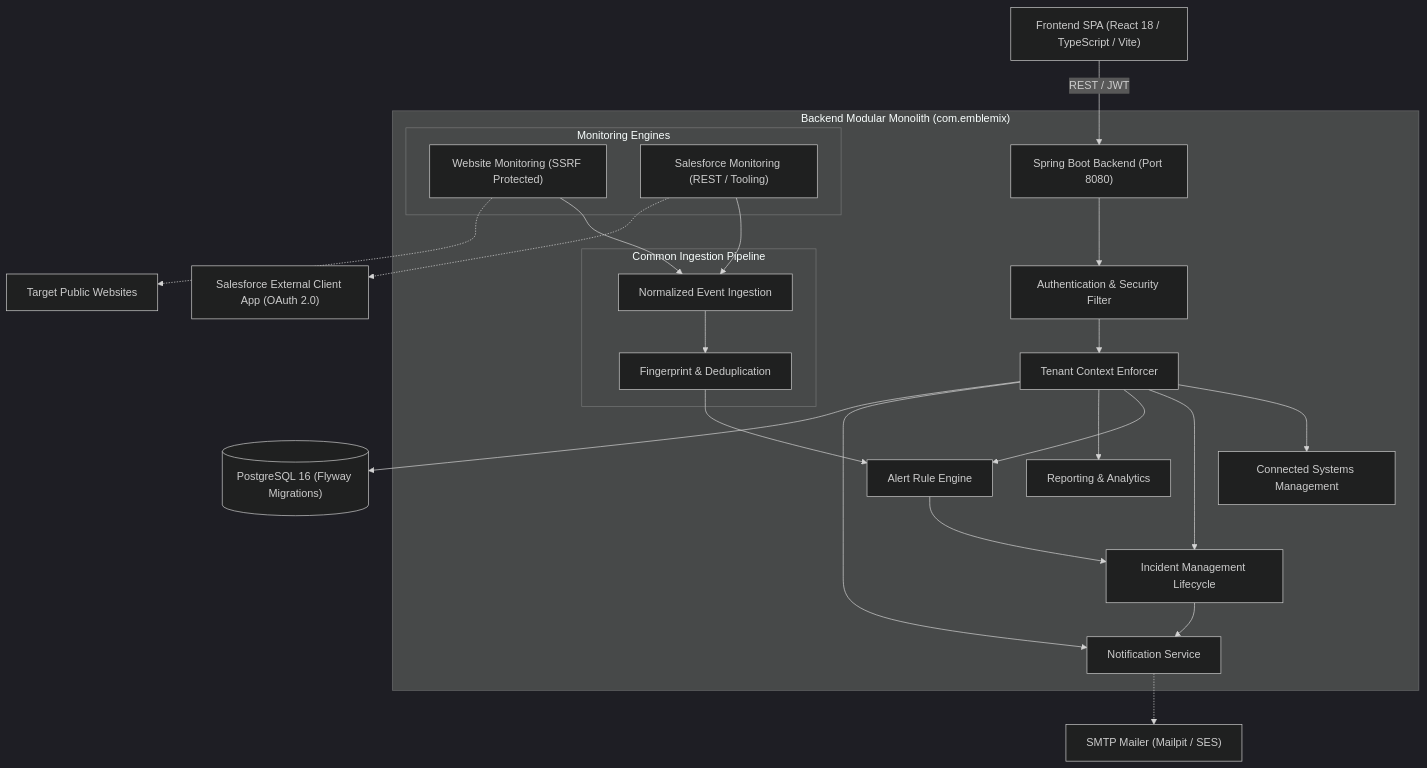
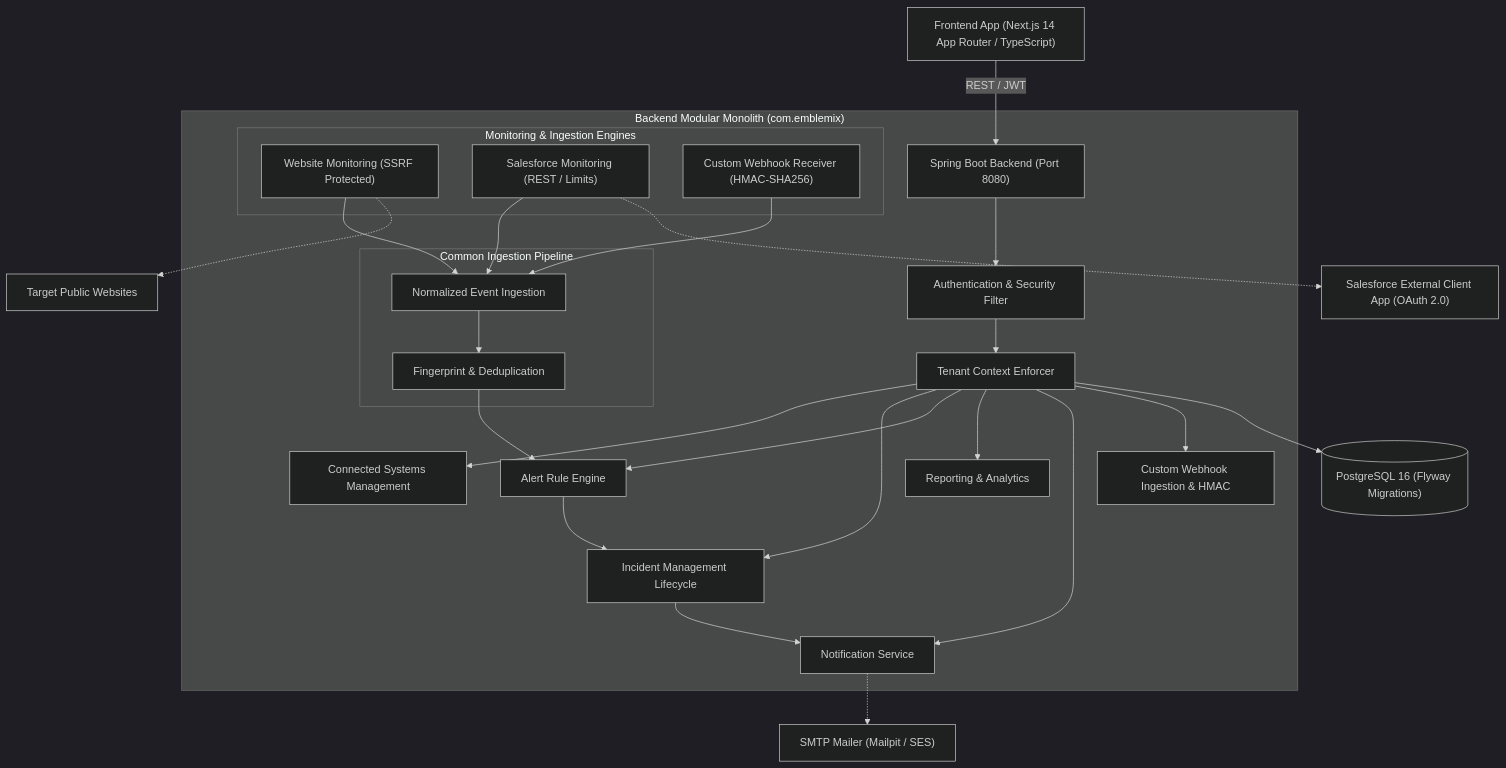
One commit to PathakPratik05/Emblemix changed the first of 2 diagrams in docs/architecture.md. Above: the diagram before and after it, drawn with Mermaid (dark theme). The commit also changed 15131 other files, not shown here.

Commit message:
feat: migrate frontend to Next.js App Router and implement universal webhook integration

````diff
--- a/docs/architecture.md
+++ b/docs/architecture.md
@@ -9,37 +9,40 @@
 ```mermaid
 graph TD
-    Client["Frontend SPA (React 18 / TypeScript / Vite)"] -->|REST / JWT| Gateway["Spring Boot Backend (Port 8080)"]
+    Client["Frontend App (Next.js 14 App Router / TypeScript)"] -->|REST / JWT| Gateway["Spring Boot Backend (Port 8080)"]
     
     subgraph "Backend Modular Monolith (com.emblemix)"
         Gateway --> Auth["Authentication & Security Filter"]
         Auth --> Tenant["Tenant Context Enforcer"]
         
         Tenant --> SystemMgr["Connected Systems Management"]
         Tenant --> IncidentMgr["Incident Management Lifecycle"]
         Tenant --> RulesEngine["Alert Rule Engine"]
         Tenant --> ReportingMgr["Reporting & Analytics"]
         Tenant --> NotificationMgr["Notification Service"]
+        Tenant --> WebhookMgr["Custom Webhook Ingestion & HMAC"]
         
-        subgraph "Monitoring Engines"
+        subgraph "Monitoring & Ingestion Engines"
             WebMon["Website Monitoring (SSRF Protected)"]
-            SFMon["Salesforce Monitoring (REST / Tooling)"]
+            SFMon["Salesforce Monitoring (REST / Limits)"]
+            HookMon["Custom Webhook Receiver (HMAC-SHA256)"]
         end
         
         subgraph "Common Ingestion Pipeline"
             EventIngest["Normalized Event Ingestion"]
             EventNorm["Fingerprint & Deduplication"]
         end
         
         WebMon --> EventIngest
         SFMon --> EventIngest
+        HookMon --> EventIngest
         EventIngest --> EventNorm
         EventNorm --> RulesEngine
         RulesEngine --> IncidentMgr
         IncidentMgr --> NotificationMgr
     end
     
     Tenant --> DB[("PostgreSQL 16 (Flyway Migrations)")]
     NotificationMgr -.-> Mailpit["SMTP Mailer (Mailpit / SES)"]
     SFMon -.-> SF["Salesforce External Client App (OAuth 2.0)"]
     WebMon -.-> Web["Target Public Websites"]
 ```
````
